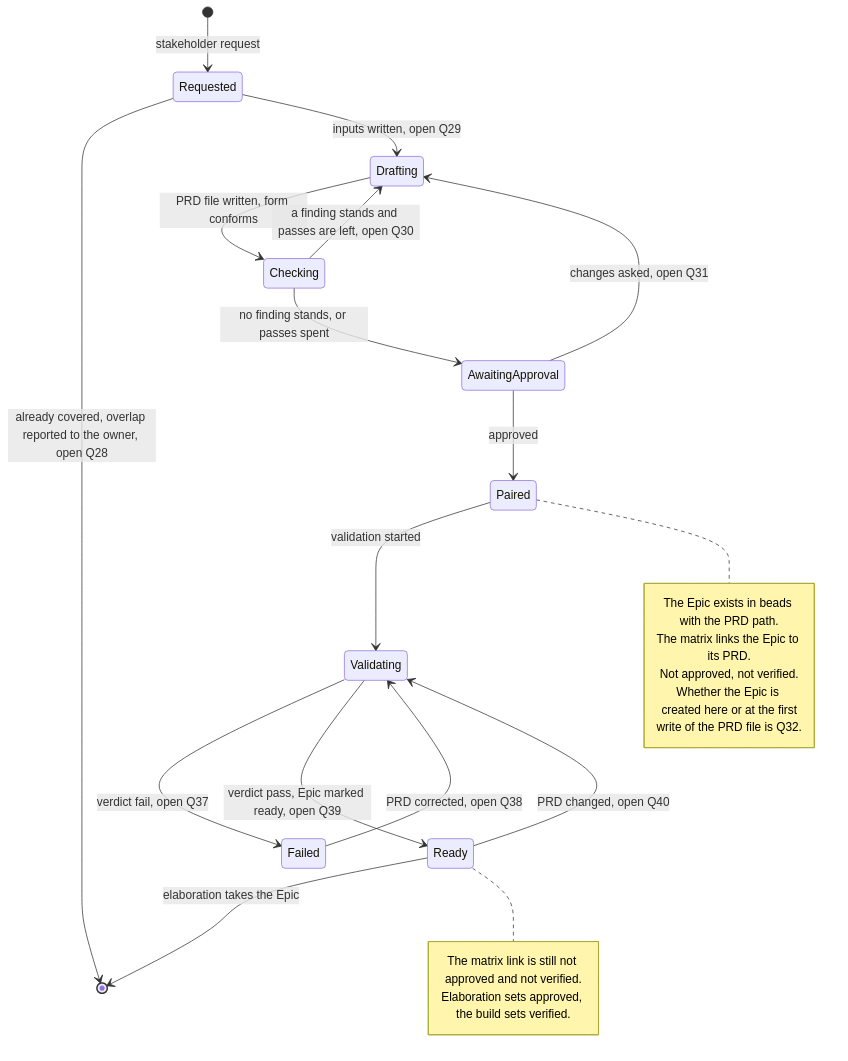
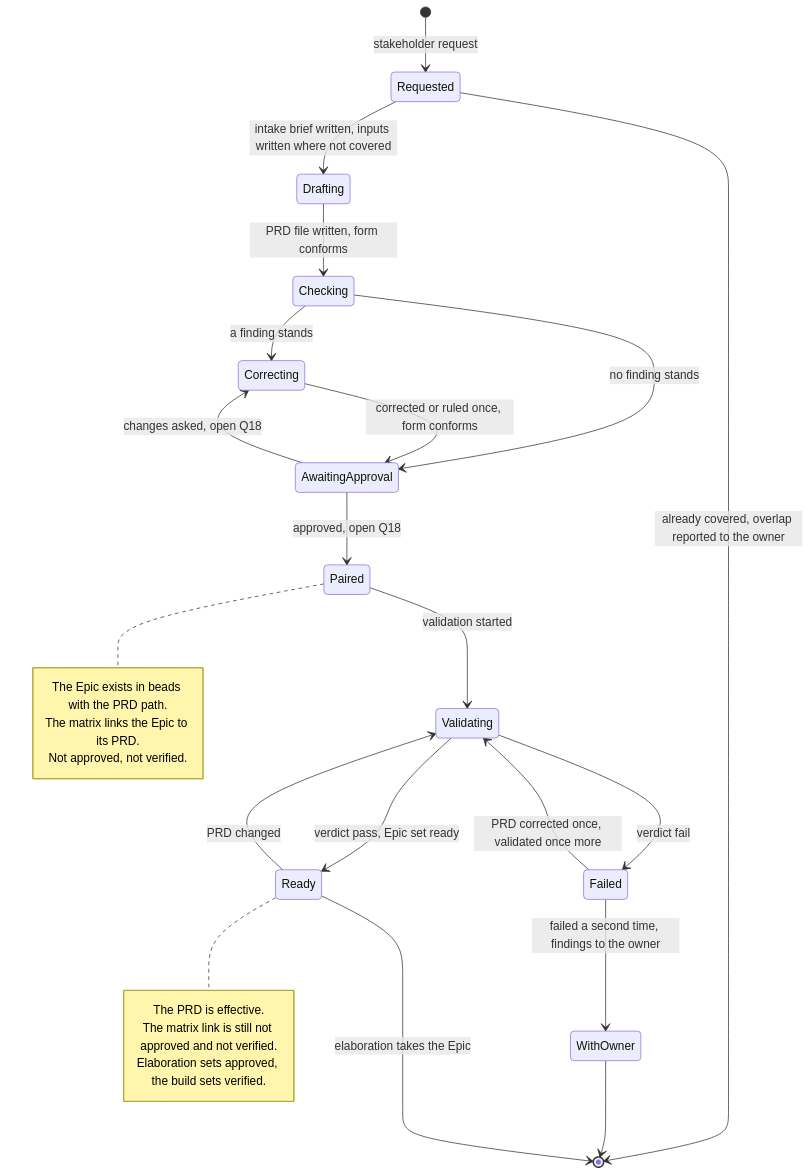
One commit to mark-satterfield/toolset changed the sixth of 6 diagrams in plugins/agent-teams-workforce/blueprint/design/pipelines-prd.md. Above: the diagram before and after it, drawn with Mermaid. The commit also changed other lines of this file and 2 other files, not shown here.

First line of the commit message:
docs(blueprint): decide the driver, PRD and deploy questions that are not the owner's

````diff
--- a/plugins/agent-teams-workforce/blueprint/design/pipelines-prd.md
+++ b/plugins/agent-teams-workforce/blueprint/design/pipelines-prd.md
@@ -406,29 +499,31 @@
 ```mermaid
 stateDiagram-v2
     [*] --> Requested : stakeholder request
-    Requested --> [*] : already covered, overlap reported to the owner, open Q28
-    Requested --> Drafting : inputs written, open Q29
+    Requested --> [*] : already covered, overlap reported to the owner
+    Requested --> Drafting : intake brief written, inputs written where not covered
     Drafting --> Checking : PRD file written, form conforms
-    Checking --> Drafting : a finding stands and passes are left, open Q30
-    Checking --> AwaitingApproval : no finding stands, or passes spent
-    AwaitingApproval --> Drafting : changes asked, open Q31
-    AwaitingApproval --> Paired : approved
+    Checking --> Correcting : a finding stands
+    Checking --> AwaitingApproval : no finding stands
+    Correcting --> AwaitingApproval : corrected or ruled once, form conforms
+    AwaitingApproval --> Correcting : changes asked, open Q18
+    AwaitingApproval --> Paired : approved, open Q18
     Paired --> Validating : validation started
-    Validating --> Failed : verdict fail, open Q37
-    Failed --> Validating : PRD corrected, open Q38
-    Validating --> Ready : verdict pass, Epic marked ready, open Q39
-    Ready --> Validating : PRD changed, open Q40
+    Validating --> Failed : verdict fail
+    Failed --> Validating : PRD corrected once, validated once more
+    Failed --> WithOwner : failed a second time, findings to the owner
+    WithOwner --> [*]
+    Validating --> Ready : verdict pass, Epic set ready
+    Ready --> Validating : PRD changed
     Ready --> [*] : elaboration takes the Epic
 
     note right of Paired
         The Epic exists in beads with the PRD path.
         The matrix links the Epic to its PRD.
         Not approved, not verified.
-        Whether the Epic is created here or at the first
-        write of the PRD file is Q32.
     end note
     note right of Ready
+        The PRD is effective.
         The matrix link is still not approved and not verified.
         Elaboration sets approved, the build sets verified.
     end note
 ```
````
